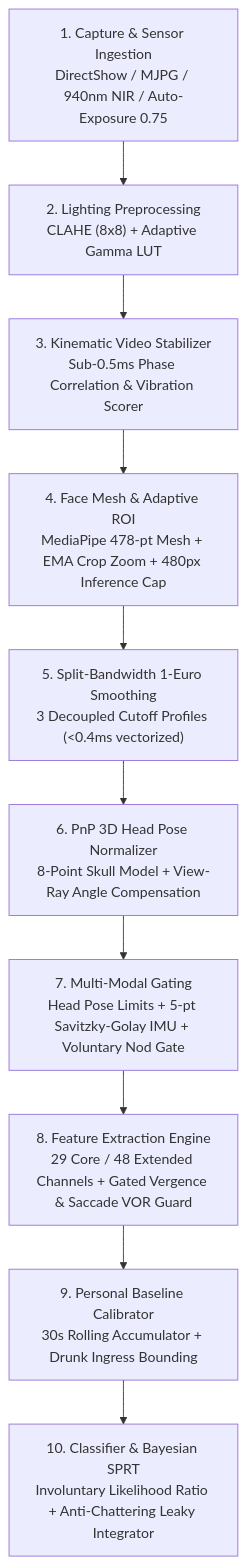
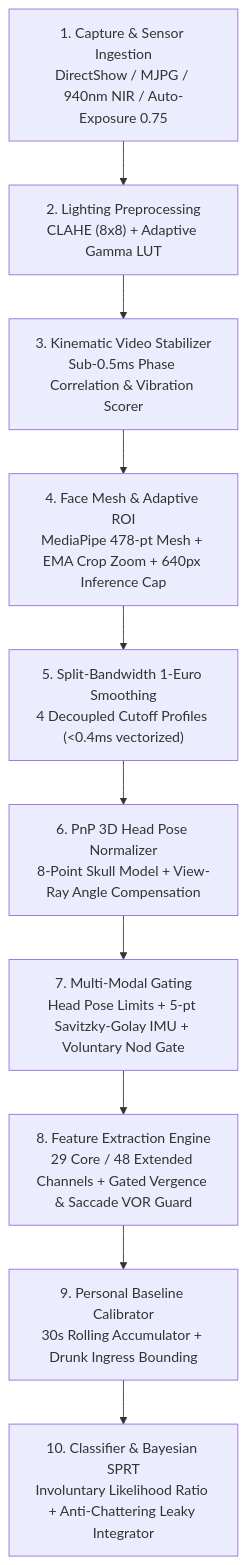
Before and after one commit to Thanos3541R/The_Overclocked: the diagram in README.md, drawn with Mermaid. The commit also changed other lines of this file, not shown here.

Commit message:
docs: update README with 640px inference cap, 4-bandwidth filtering, thread-safe teardown, and camera sources

````diff
--- a/README.md
+++ b/README.md
@@ -157,12 +164,12 @@
 ```mermaid
 flowchart TD
     A["1. Capture & Sensor Ingestion\nDirectShow / MJPG / 940nm NIR / Auto-Exposure 0.75"] --> B["2. Lighting Preprocessing\nCLAHE (8x8) + Adaptive Gamma LUT"]
     B --> C["3. Kinematic Video Stabilizer\nSub-0.5ms Phase Correlation & Vibration Scorer"]
-    C --> D["4. Face Mesh & Adaptive ROI\nMediaPipe 478-pt Mesh + EMA Crop Zoom + 480px Inference Cap"]
-    D --> E["5. Split-Bandwidth 1-Euro Smoothing\n3 Decoupled Cutoff Profiles (<0.4ms vectorized)"]
+    C --> D["4. Face Mesh & Adaptive ROI\nMediaPipe 478-pt Mesh + EMA Crop Zoom + 640px Inference Cap"]
+    D --> E["5. Split-Bandwidth 1-Euro Smoothing\n4 Decoupled Cutoff Profiles (<0.4ms vectorized)"]
     E --> F["6. PnP 3D Head Pose Normalizer\n8-Point Skull Model + View-Ray Angle Compensation"]
     F --> G["7. Multi-Modal Gating\nHead Pose Limits + 5-pt Savitzky-Golay IMU + Voluntary Nod Gate"]
     G --> H["8. Feature Extraction Engine\n29 Core / 48 Extended Channels + Gated Vergence & Saccade VOR Guard"]
     H --> I["9. Personal Baseline Calibrator\n30s Rolling Accumulator + Drunk Ingress Bounding"]
     I --> J["10. Classifier & Bayesian SPRT\nInvoluntary Likelihood Ratio + Anti-Chattering Leaky Integrator"]
 ```
````
